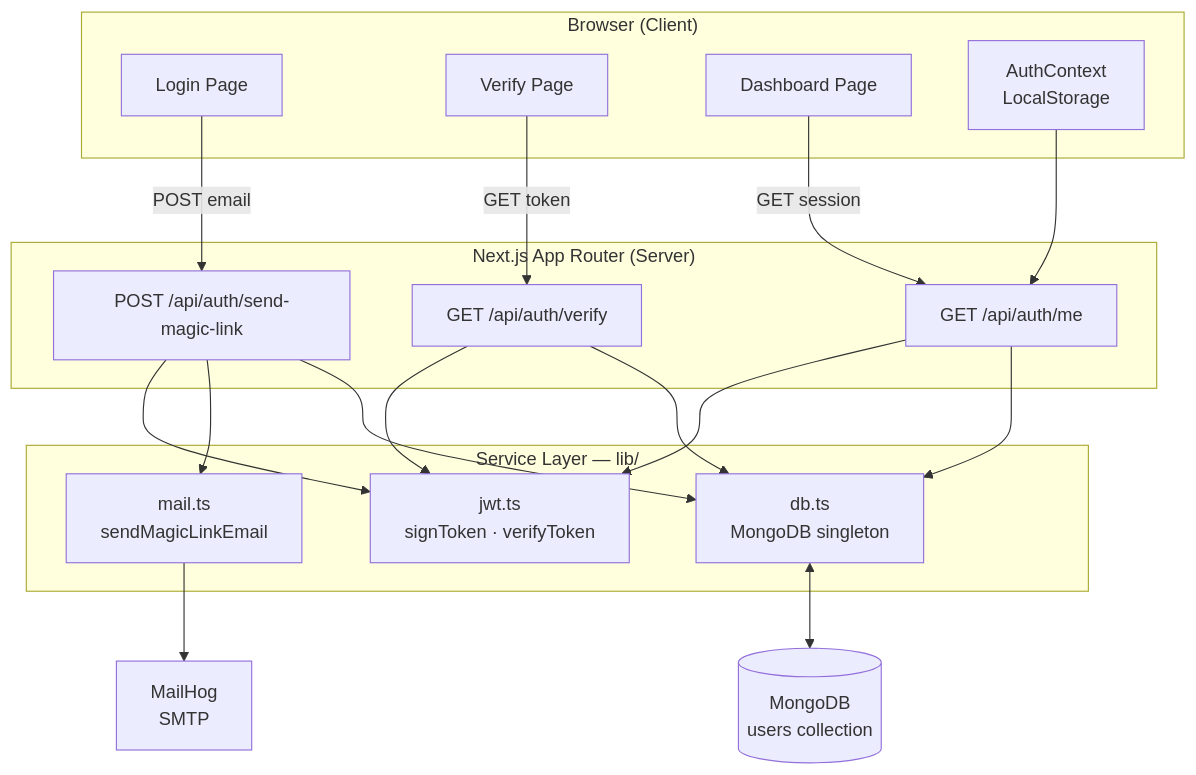
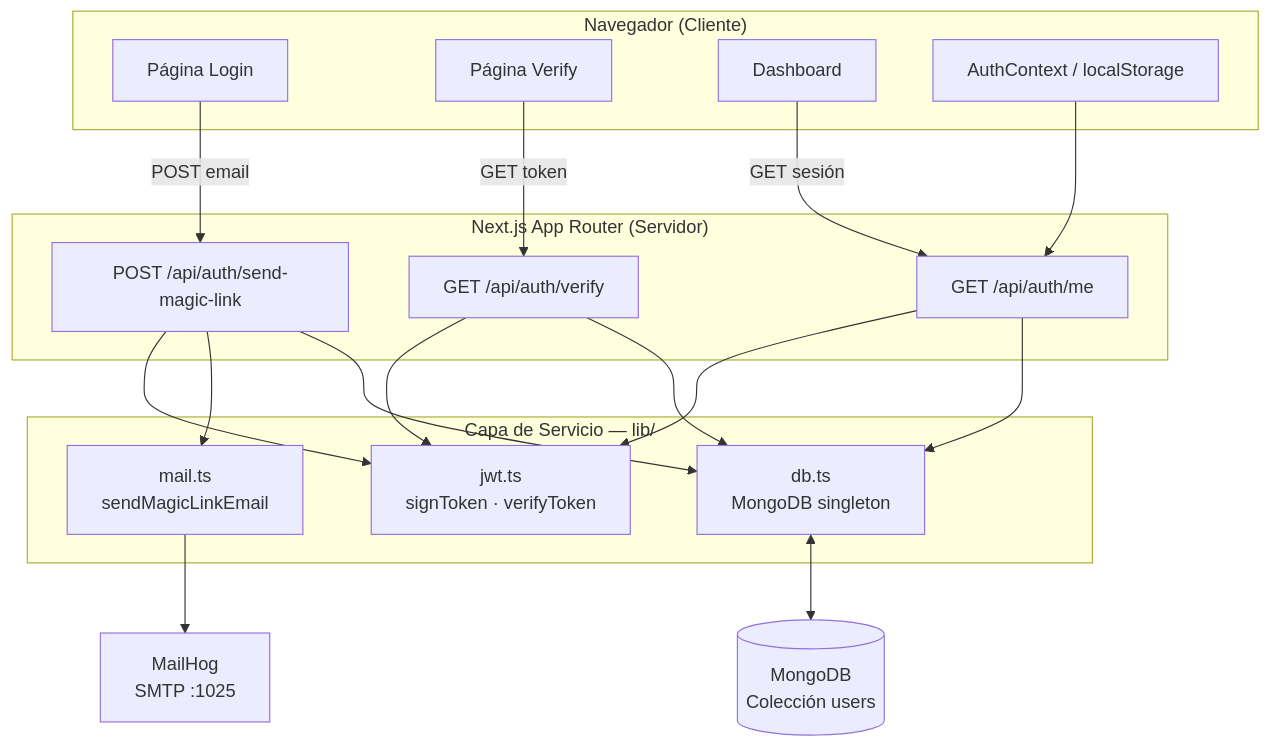
One commit to Jorgeaapaz/MISEIA_1-4-50-magic-link changed the first of 2 diagrams in README.md. Above: the diagram before and after it, drawn with Mermaid. The commit also changed other lines of this file and 1 other file, not shown here.

First line of the commit message:
docs: comprehensive README in Spanish + session retrospective 2026-06-26

````diff
--- a/README.md
+++ b/README.md
@@ -81,38 +150,38 @@
 ```mermaid
 graph TD
-    subgraph Browser["Browser (Client)"]
-        LP[Login Page]
-        VP[Verify Page]
-        DP[Dashboard Page]
-        AC[AuthContext\nLocalStorage]
+    subgraph Browser["Navegador (Cliente)"]
+        LP[Página Login]
+        VP[Página Verify]
+        DP[Dashboard]
+        AC[AuthContext / localStorage]
     end
 
-    subgraph AppRouter["Next.js App Router (Server)"]
+    subgraph AppRouter["Next.js App Router (Servidor)"]
         SML["POST /api/auth/send-magic-link"]
         VER["GET /api/auth/verify"]
         ME["GET /api/auth/me"]
     end
 
-    subgraph ServiceLayer["Service Layer — lib/"]
+    subgraph ServiceLayer["Capa de Servicio — lib/"]
         JWT[jwt.ts\nsignToken · verifyToken]
         MAIL[mail.ts\nsendMagicLinkEmail]
         DB[db.ts\nMongoDB singleton]
     end
 
-    MongoDB[(MongoDB\nusers collection)]
-    MailHog[MailHog\nSMTP]
+    MongoDB[(MongoDB\nColección users)]
+    MailHog[MailHog\nSMTP :1025]
 
     LP -->|POST email| SML
     SML --> JWT
     SML --> MAIL
     SML --> DB
     MAIL --> MailHog
     VP -->|GET token| VER
     VER --> JWT
     VER --> DB
-    DP -->|GET session| ME
+    DP -->|GET sesión| ME
     ME --> JWT
     ME --> DB
     DB <--> MongoDB
     AC --> ME
 ```
````
